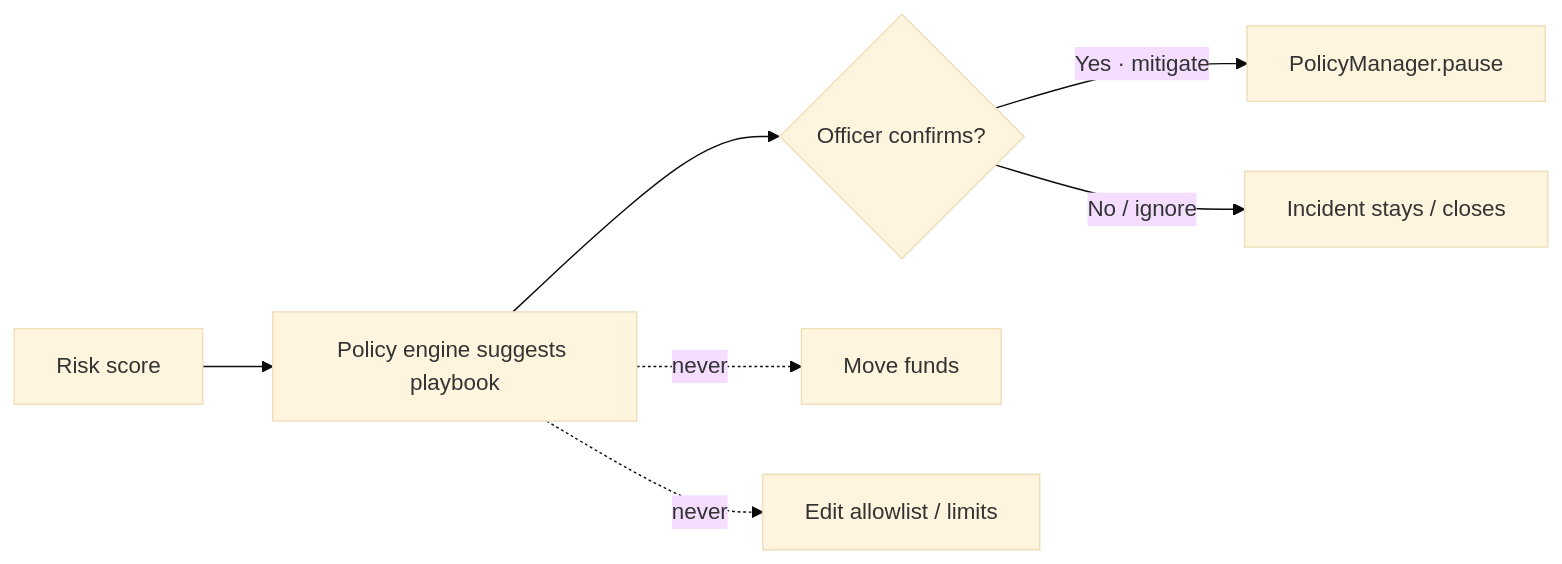
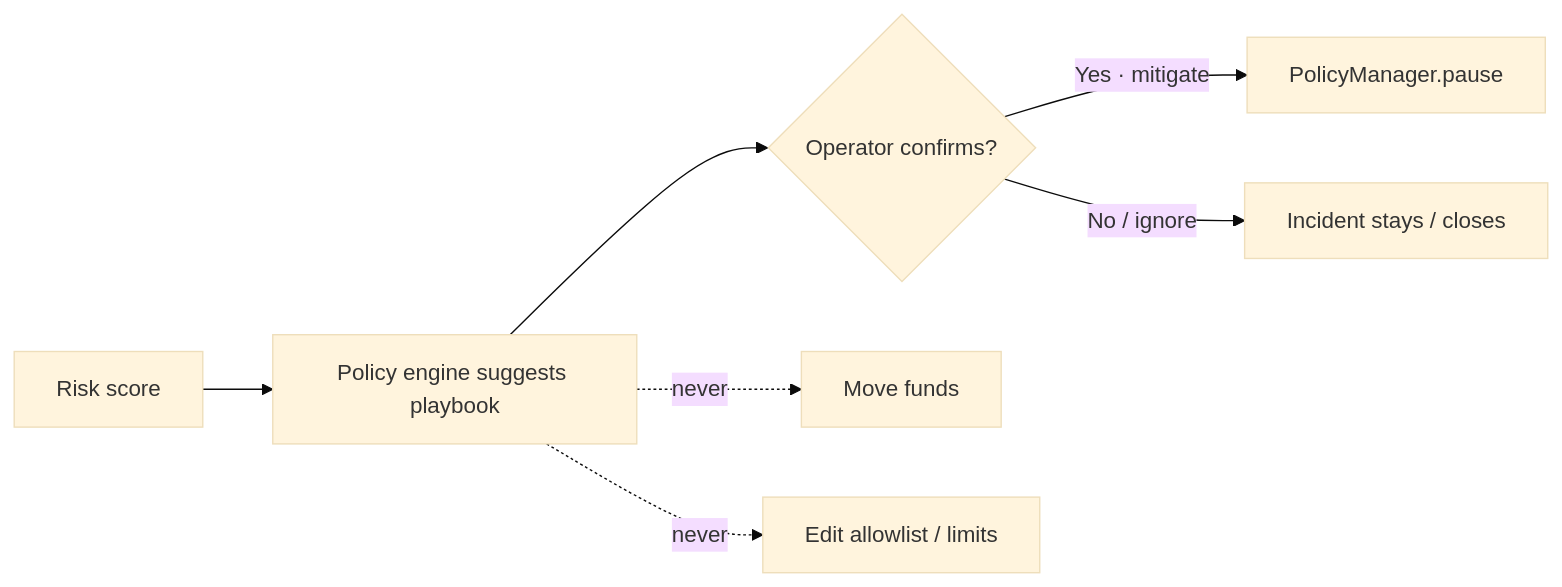
One commit to thesithunyein/arb-guardian changed the first of 3 diagrams in docs/agent-permissions-matrix.md. Above: the diagram before and after it, drawn with Mermaid (base theme). The commit also changed other lines of this file and 12 other files, not shown here.

````diff
--- a/docs/agent-permissions-matrix.md
+++ b/docs/agent-permissions-matrix.md
@@ -16,9 +16,9 @@
 ```mermaid
 flowchart LR
   Score[Risk score] --> Suggest[Policy engine suggests playbook]
-  Suggest --> Human{Officer confirms?}
+  Suggest --> Human{Operator confirms?}
   Human -->|Yes · mitigate| Pause[PolicyManager.pause]
   Human -->|No / ignore| Hold[Incident stays / closes]
   Suggest -.->|never| Funds[Move funds]
   Suggest -.->|never| Policy[Edit allowlist / limits]
 ```
````
